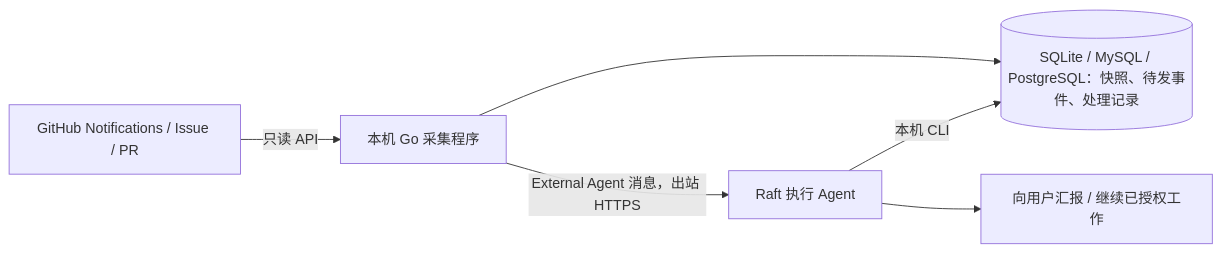
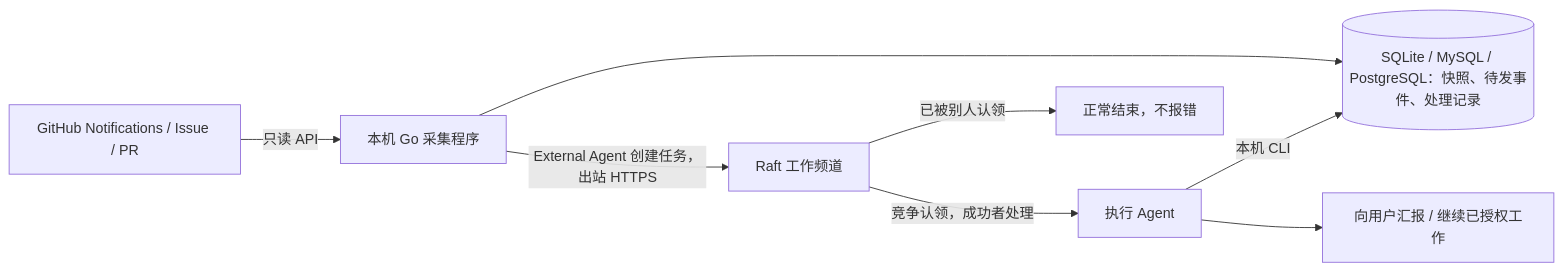
One commit to spencercjh/github-work-assistant changed the diagram in README.md. Above: the diagram before and after it, drawn with Mermaid. The commit also changed other lines of this file and 18 other files, not shown here.

````diff
--- a/README.md
+++ b/README.md
@@ -7,8 +7,10 @@
 ```mermaid
 flowchart LR
   GH[GitHub Notifications / Issue / PR] -->|只读 API| C[本机 Go 采集程序]
   C --> DB[(SQLite / MySQL / PostgreSQL：快照、待发事件、处理记录)]
-  C -->|External Agent 消息，出站 HTTPS| R[Raft 执行 Agent]
+  C -->|External Agent 创建任务，出站 HTTPS| T[Raft 工作频道]
+  T -->|竞争认领，成功者处理| R[执行 Agent]
+  T -->|已被别人认领| Q[正常结束，不报错]
   R -->|本机 CLI| DB
   R --> U[向用户汇报 / 继续已授权工作]
 ```
````
